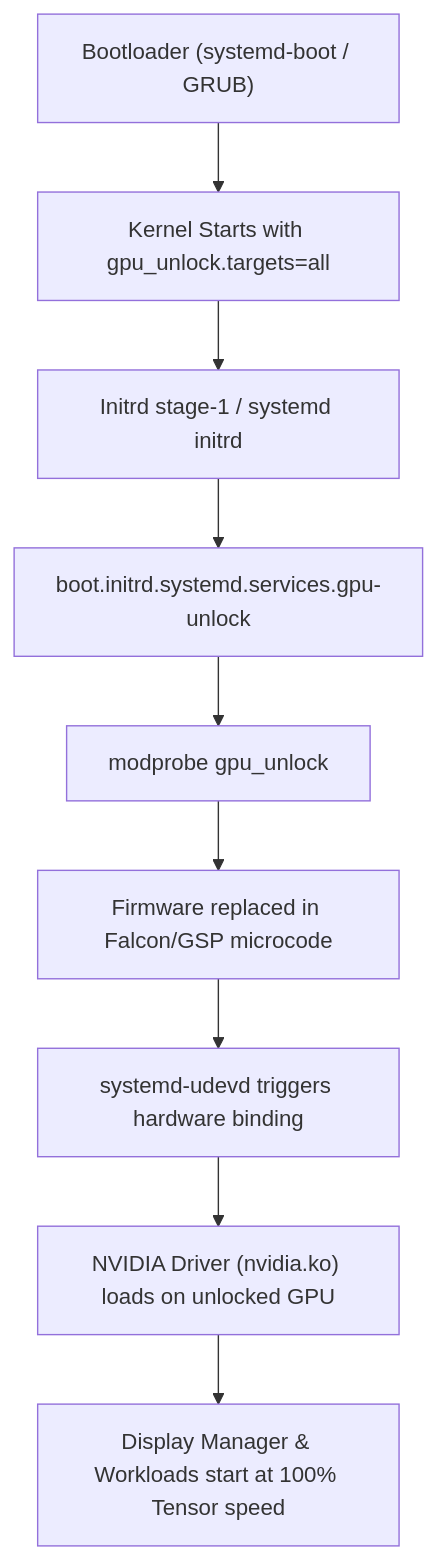
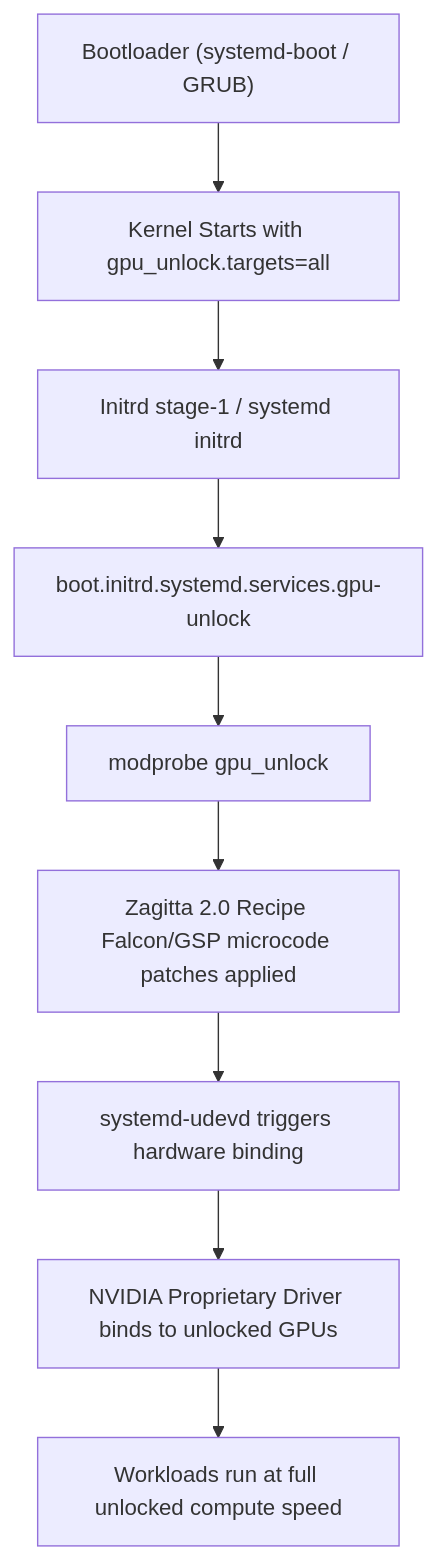
Before and after one commit to Sticzu/nixos-gpu-unlock: the diagram in README.md, drawn with Mermaid. The commit also changed other lines of this file, not shown here.

````diff
--- a/README.md
+++ b/README.md
@@ -157,11 +171,11 @@
 ```mermaid
 flowchart TD
     A["Bootloader (systemd-boot / GRUB)"] --> B["Kernel Starts with gpu_unlock.targets=all"]
     B --> C["Initrd stage-1 / systemd initrd"]
     C --> D["boot.initrd.systemd.services.gpu-unlock"]
     D --> E["modprobe gpu_unlock"]
-    E --> F["Firmware replaced in Falcon/GSP microcode"]
+    E --> F["Zagitta 2.0 Recipe Falcon/GSP microcode patches applied"]
     F --> G["systemd-udevd triggers hardware binding"]
-    G --> H["NVIDIA Driver (nvidia.ko) loads on unlocked GPU"]
-    H --> I["Display Manager & Workloads start at 100% Tensor speed"]
+    G --> H["NVIDIA Proprietary Driver binds to unlocked GPUs"]
+    H --> I["Workloads run at full unlocked compute speed"]
 ```
````
